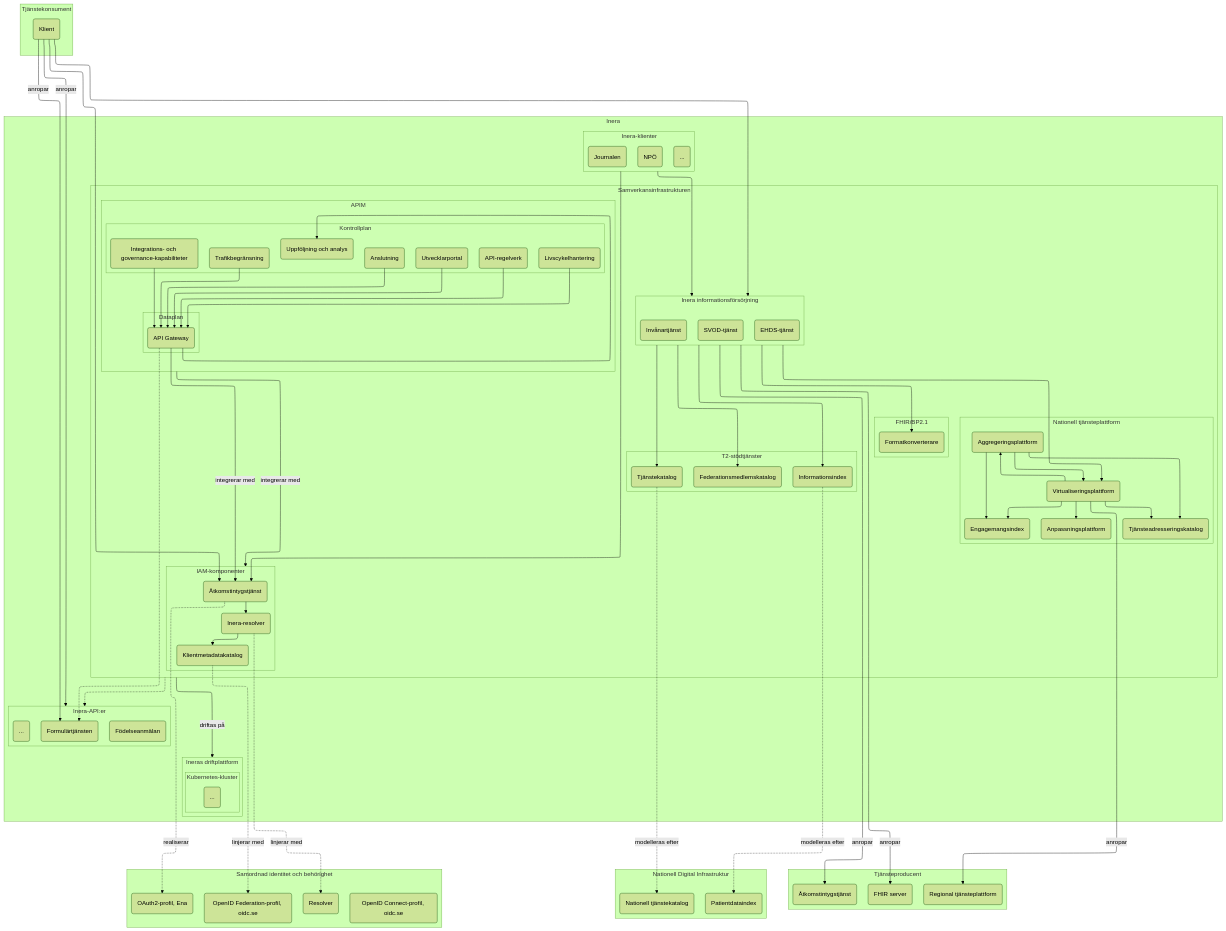
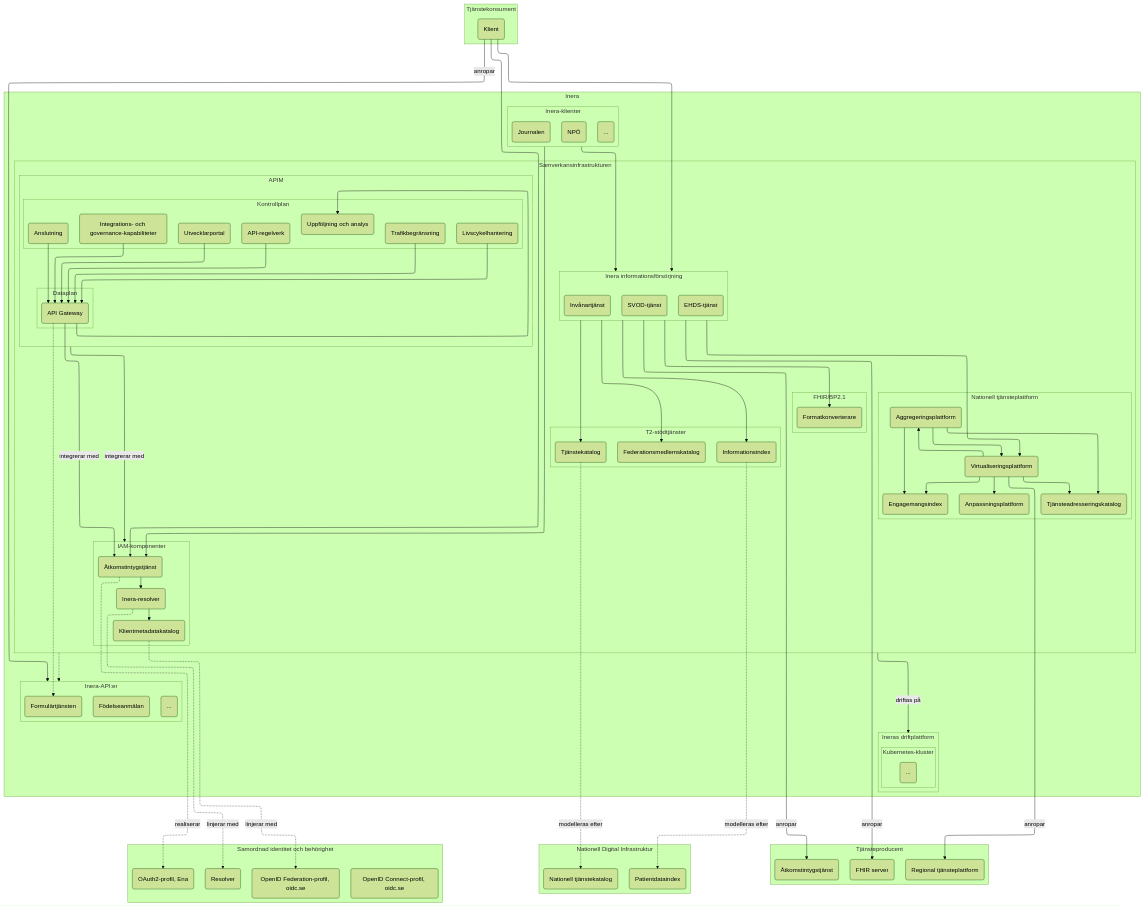
Before and after one commit to anders-malmros-inera/t2mmd: the diagram in T2-krav/test.md, drawn with Mermaid (forest theme).

Commit message:
Comment out flowchart connection for formular in test.md

````diff
--- a/T2-krav/test.md
+++ b/T2-krav/test.md
@@ -134,7 +134,7 @@
 apim -- "integrerar med" --> siiam
 
 
-tkc -- "anropar" --> formular
+%%tkc -- "anropar" --> formular
 gw -.-> formular
 gw -- "integrerar med" --> sias
 ```
````
